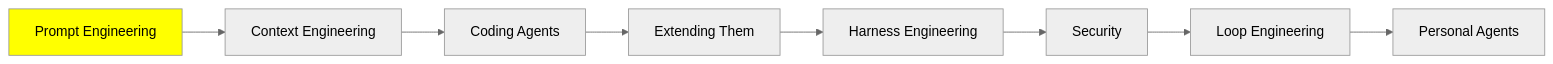
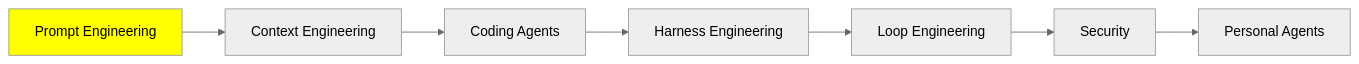
One commit to lokumai/ai-engineering-bazaar changed the second of 2 diagrams in mini-courses/2_intermediate/prompt_engineering.md. Above: the diagram before and after it, drawn with Mermaid (neutral theme). The commit also changed 23 other files, not shown here.

````diff
--- a/mini-courses/2_intermediate/prompt_engineering.md
+++ b/mini-courses/2_intermediate/prompt_engineering.md
@@ -436,11 +436,10 @@
 ```mermaid
 graph LR
     A[Prompt Engineering] --> B[Context Engineering]
     B --> C[Coding Agents]
-    C --> D[Extending Them]
-    D --> E[Harness Engineering]
+    C --> D[Harness Engineering]
+    D --> E[Loop Engineering]
     E --> F[Security]
-    F --> G[Loop Engineering]
-    G --> H[Personal Agents]
+    F --> G[Personal Agents]
     style A fill:#FFFF00
 ```
````
